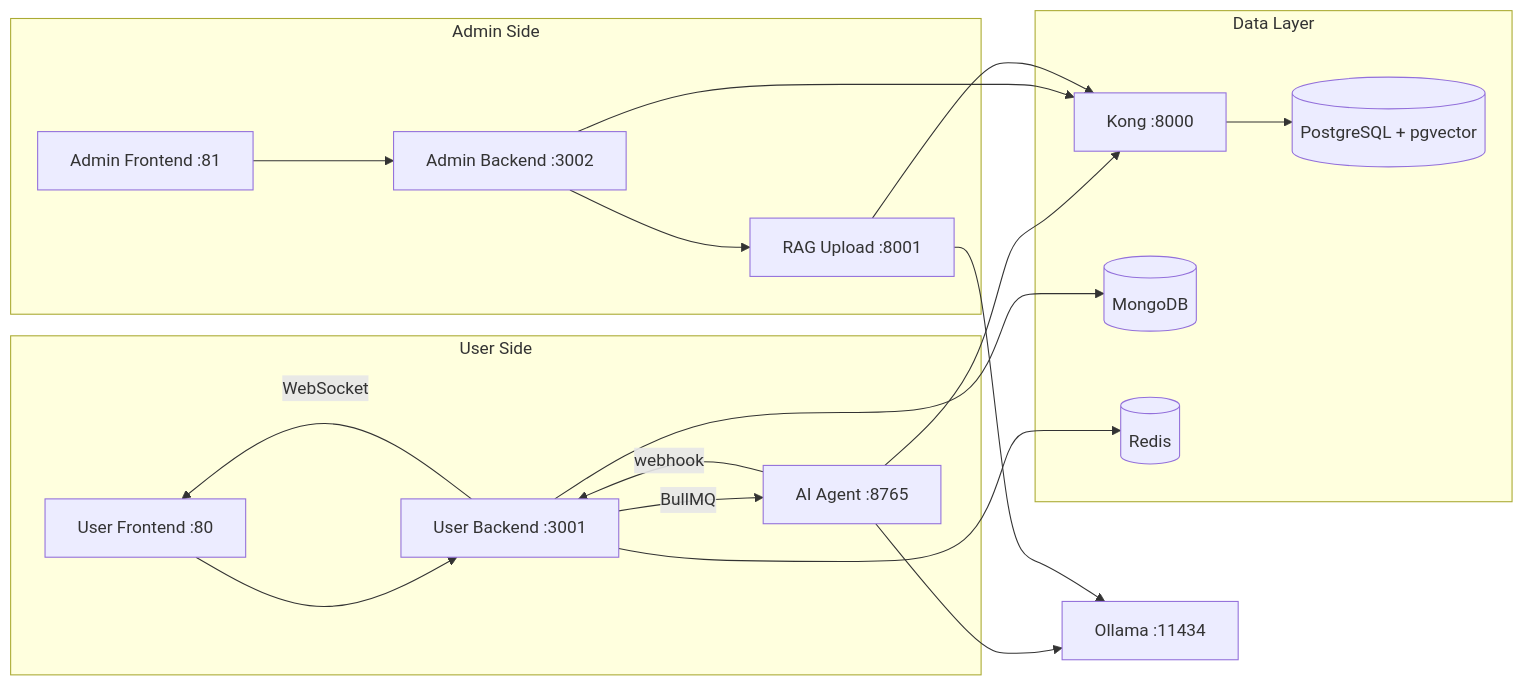
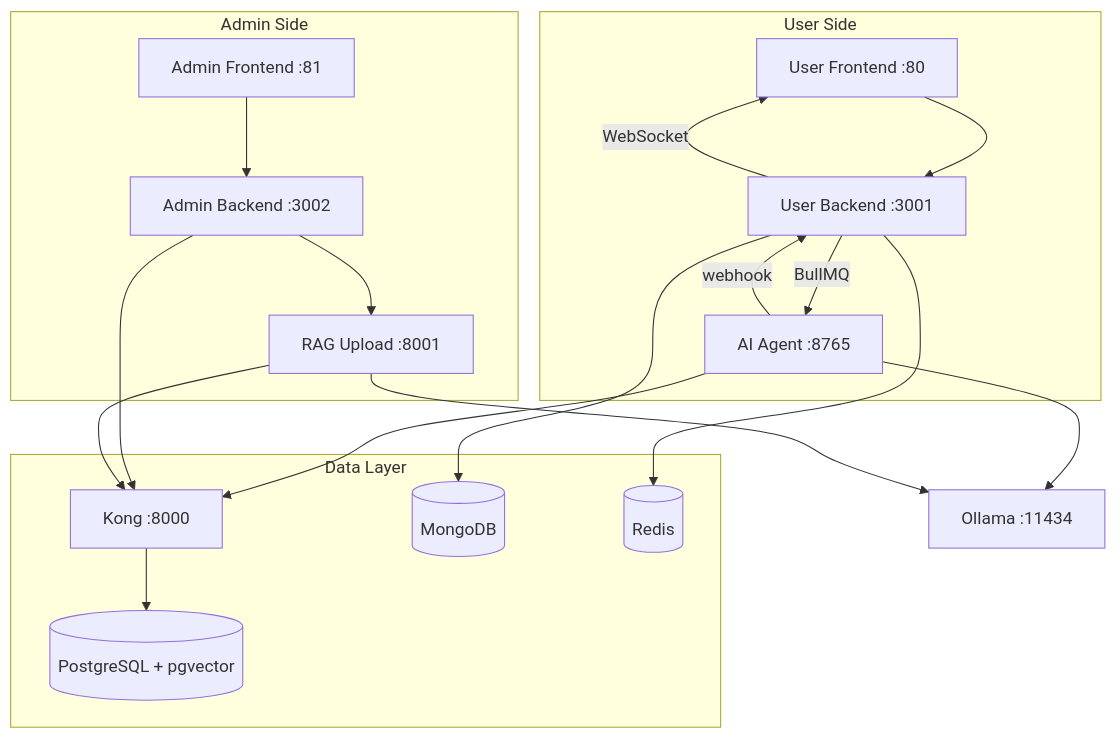
One commit to AtiwitchJ/customer-service-ai-chatbot changed the first of 2 diagrams in README.md. Above: the diagram before and after it, drawn with Mermaid. The commit also changed other lines of this file, not shown here.

````diff
--- a/README.md
+++ b/README.md
@@ -11,41 +11,41 @@
 ```mermaid
-flowchart LR
+flowchart TB
     subgraph userSide [User Side]
         UF["User Frontend :80"]
         UB["User Backend :3001"]
         AI["AI Agent :8765"]
     end
 
     subgraph adminSide [Admin Side]
         AF["Admin Frontend :81"]
         AB["Admin Backend :3002"]
         RAG["RAG Upload :8001"]
     end
 
     subgraph dataLayer [Data Layer]
         K["Kong :8000"]
         PG[("PostgreSQL + pgvector")]
         M[("MongoDB")]
         R[("Redis")]
     end
 
     O["Ollama :11434"]
 
     UF --> UB
     UB -->|BullMQ| AI
     AI -->|webhook| UB
     UB -->|WebSocket| UF
 
     AF --> AB
     AB --> RAG
 
     UB --> M
     UB --> R
     AI --> K
     AB --> K
     RAG --> K
     K --> PG
 
     AI --> O
     RAG --> O
 ```
````
